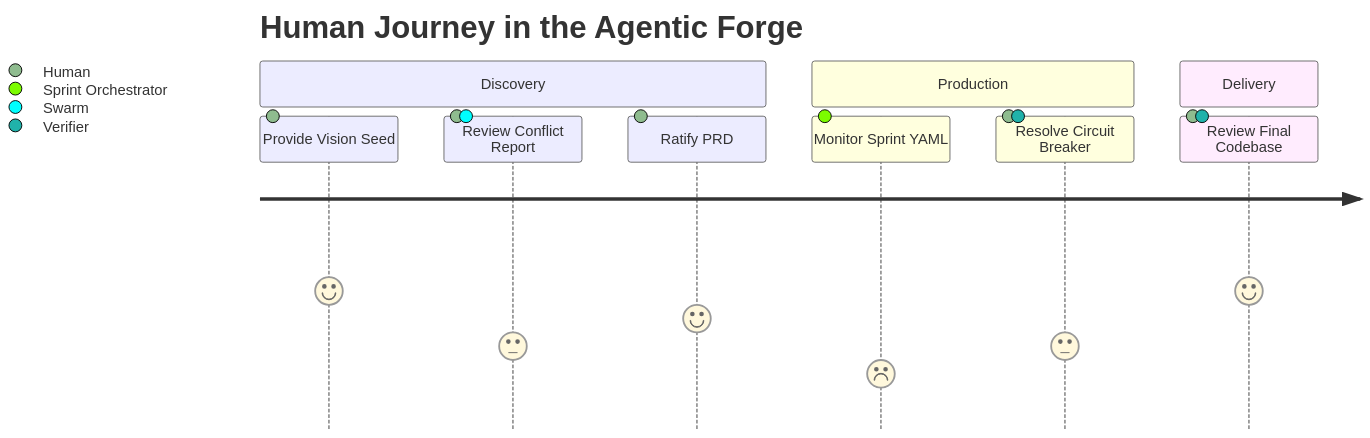
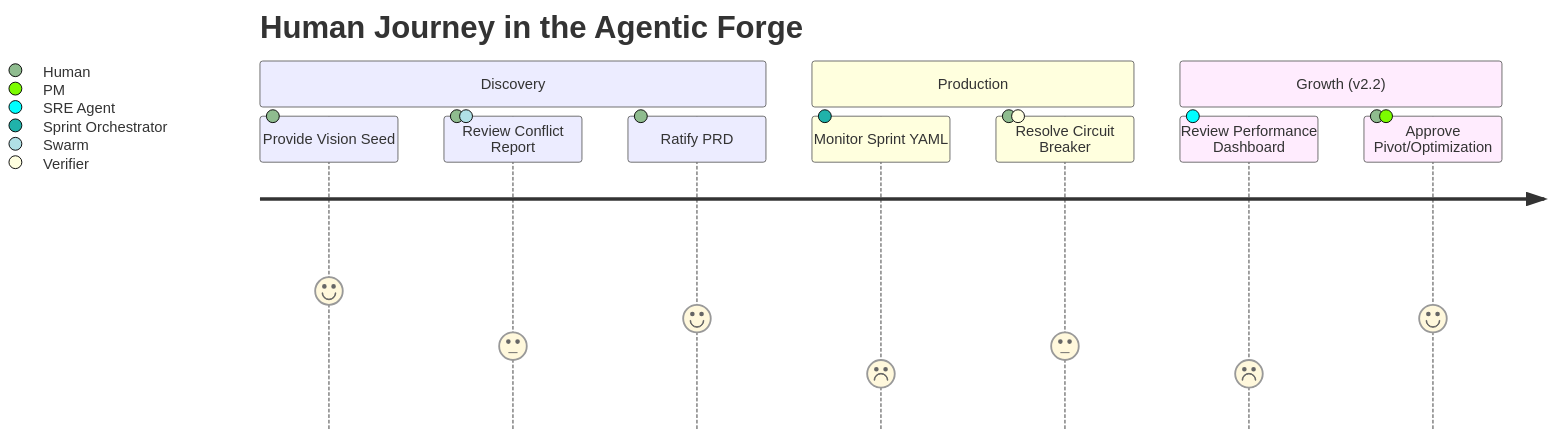
Before and after one commit to vamshigunji/ANT-Coding: the third of 4 diagrams in factory-os/PRD_Agentic_Forge_v2.md, drawn with Mermaid. The commit also changed other lines of this file and 1 other file, not shown here.

````diff
--- a/factory-os/PRD_Agentic_Forge_v2.md
+++ b/factory-os/PRD_Agentic_Forge_v2.md
@@ -113,13 +112,14 @@
 ```mermaid
 journey
     title Human Journey in the Agentic Forge
     section Discovery
       Provide Vision Seed: 5: Human
       Review Conflict Report: 3: Human, Swarm
       Ratify PRD: 4: Human
     section Production
       Monitor Sprint YAML: 2: Sprint Orchestrator
       Resolve Circuit Breaker: 3: Human, Verifier
-    section Delivery
-      Review Final Codebase: 5: Human, Verifier
+    section Growth (v2.2)
+      Review Performance Dashboard: 2: SRE Agent
+      Approve Pivot/Optimization: 4: Human, PM
 ```
````
